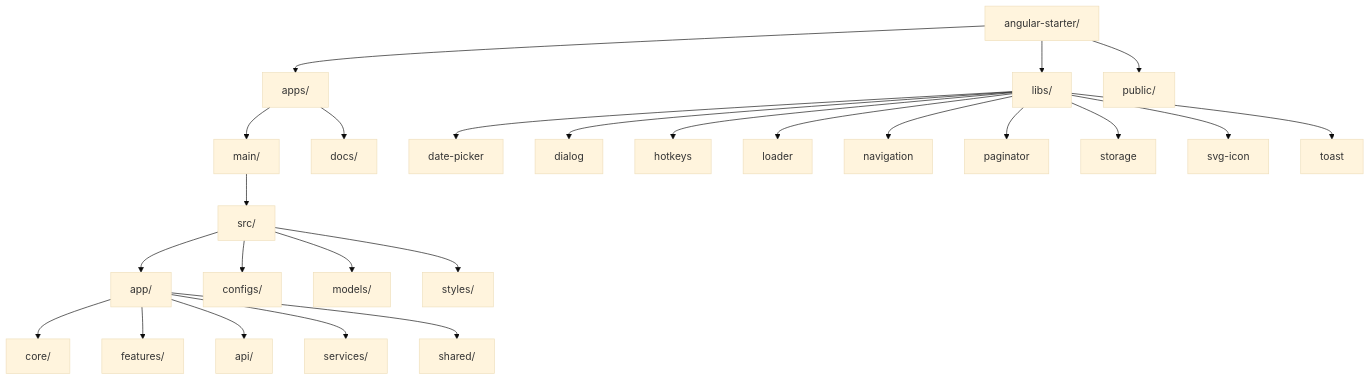
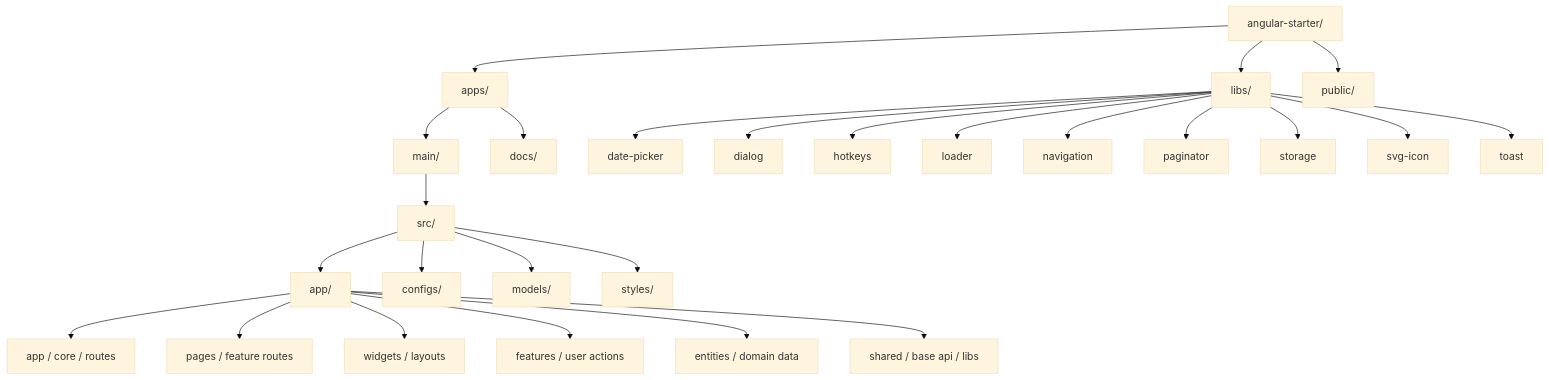
The diagram in .agents/architect.md (tiendat77/angular-starter), drawn with Mermaid (base theme) before and after one commit. The commit also changed other lines of this file and 7 other files, not shown here.

````diff
--- a/.agents/architect.md
+++ b/.agents/architect.md
@@ -23,31 +23,32 @@
 ```mermaid
 graph TD
     Root[angular-starter/] --> Apps[apps/]
     Root --> Libs[libs/]
     Root --> Public[public/]
 
     Apps --> Main[main/]
     Apps --> Docs[docs/]
 
     Main --> Src[src/]
     Src --> App[app/]
     Src --> Configs[configs/]
     Src --> Models[models/]
     Src --> Styles[styles/]
 
-    App --> Core[core/]
-    App --> Features[features/]
-    App --> Api[api/]
-    App --> Services[services/]
-    App --> Shared[shared/]
+    App --> AppLayer[app / core / routes]
+    App --> PagesLayer[pages / feature routes]
+    App --> WidgetsLayer[widgets / layouts]
+    App --> FeaturesLayer[features / user actions]
+    App --> EntitiesLayer[entities / domain data]
+    App --> SharedLayer[shared / base api / libs]
 
     Libs --> DatePicker[date-picker]
     Libs --> Dialog[dialog]
     Libs --> Hotkeys[hotkeys]
     Libs --> Loader[loader]
     Libs --> Navigation[navigation]
     Libs --> Paginator[paginator]
     Libs --> Storage[storage]
     Libs --> SVGIcon[svg-icon]
     Libs --> Toast[toast]
 ```
````
